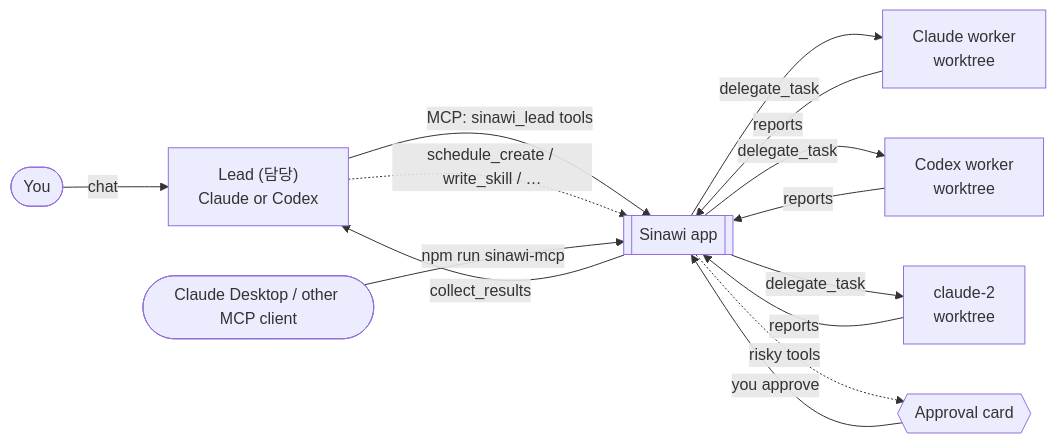
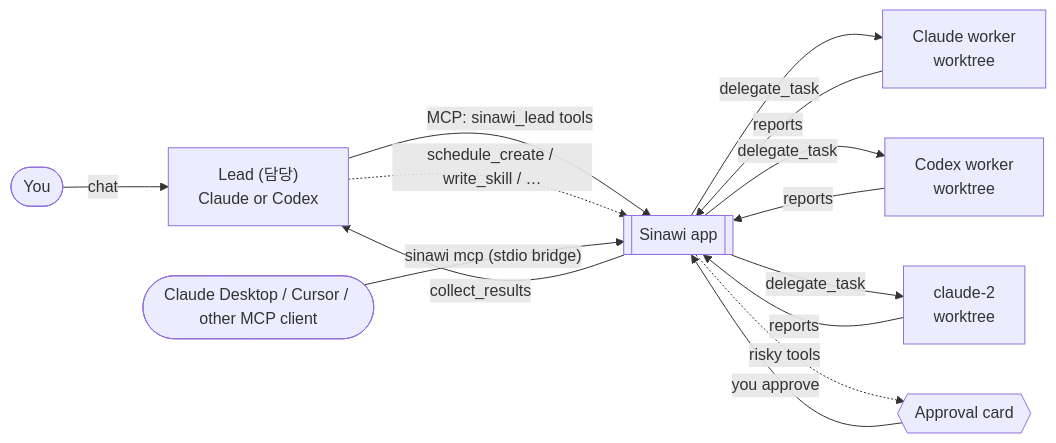
One commit to Rakmlabs/sinawi changed the diagram in README.md. Above: the diagram before and after it, drawn with Mermaid. The commit also changed other lines of this file and 37 other files, not shown here.

Commit message:
Connect Claude Desktop or Cursor in one click, bridge ships inside the app, npx sinawi installs it; README prompts and English screenshots

````diff
--- a/README.md
+++ b/README.md
@@ -91,14 +91,14 @@
 ```mermaid
 flowchart LR
     U([You]) -- chat --> L["Lead (담당)<br/>Claude or Codex"]
     L -- "MCP: sinawi_lead tools" --> S[[Sinawi app]]
     S -- delegate_task --> W1["Claude worker<br/>worktree"]
     S -- delegate_task --> W2["Codex worker<br/>worktree"]
     S -- delegate_task --> W3["claude-2<br/>worktree"]
     W1 & W2 & W3 -- reports --> S
     S -- collect_results --> L
     L -. "schedule_create / write_skill / …" .-> S
     S -. "risky tools" .-> A{{Approval card}}
     A -- you approve --> S
-    X([Claude Desktop / other MCP client]) -- "npm run sinawi-mcp" --> S
+    X([Claude Desktop / Cursor / other MCP client]) -- "sinawi mcp (stdio bridge)" --> S
 ```
````
